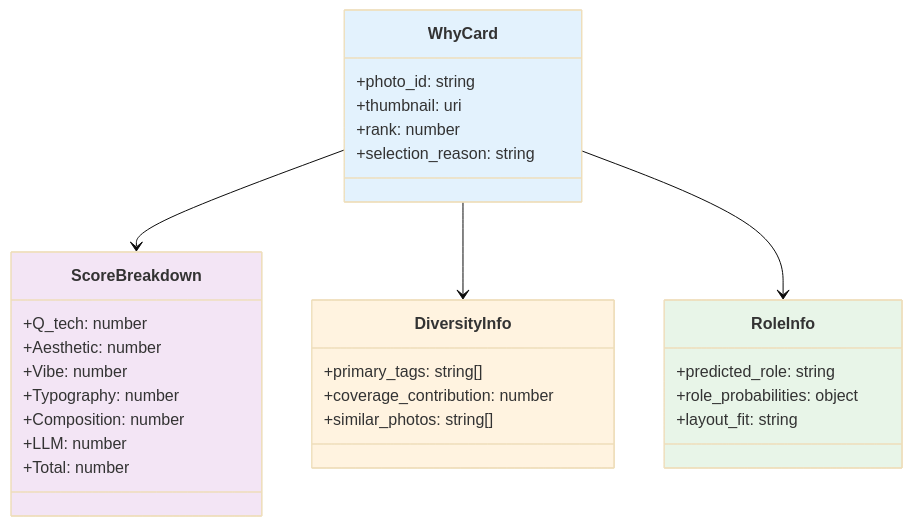
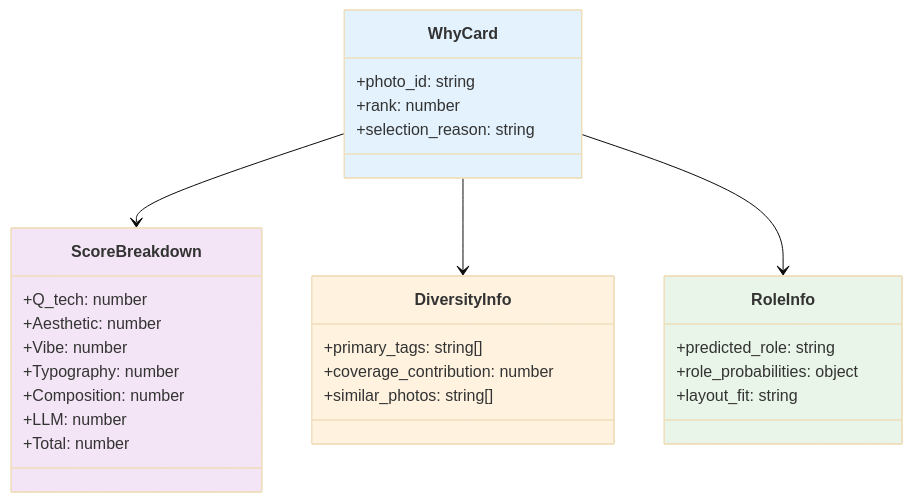
Before and after one commit to Hong-yiii/FRAMED-3B: the sixth of 6 diagrams in in_depth_breakdown.md, drawn with Mermaid (base theme). The commit also changed 10 other files, not shown here.

````diff
--- a/in_depth_breakdown.md
+++ b/in_depth_breakdown.md
@@ -314,40 +314,39 @@
 ```mermaid
 classDiagram
     class WhyCard {
         +photo_id: string
-        +thumbnail: uri
         +rank: number
         +selection_reason: string
     }
 
     class ScoreBreakdown {
         +Q_tech: number
         +Aesthetic: number
         +Vibe: number
         +Typography: number
         +Composition: number
         +LLM: number
         +Total: number
     }
 
     class DiversityInfo {
         +primary_tags: string[]
         +coverage_contribution: number
         +similar_photos: string[]
     }
 
     class RoleInfo {
         +predicted_role: string
         +role_probabilities: object
         +layout_fit: string
     }
 
     WhyCard --> ScoreBreakdown
     WhyCard --> DiversityInfo
     WhyCard --> RoleInfo
 
     style WhyCard fill:#e3f2fd
     style ScoreBreakdown fill:#f3e5f5
     style DiversityInfo fill:#fff3e0
     style RoleInfo fill:#e8f5e8
 ```
````
